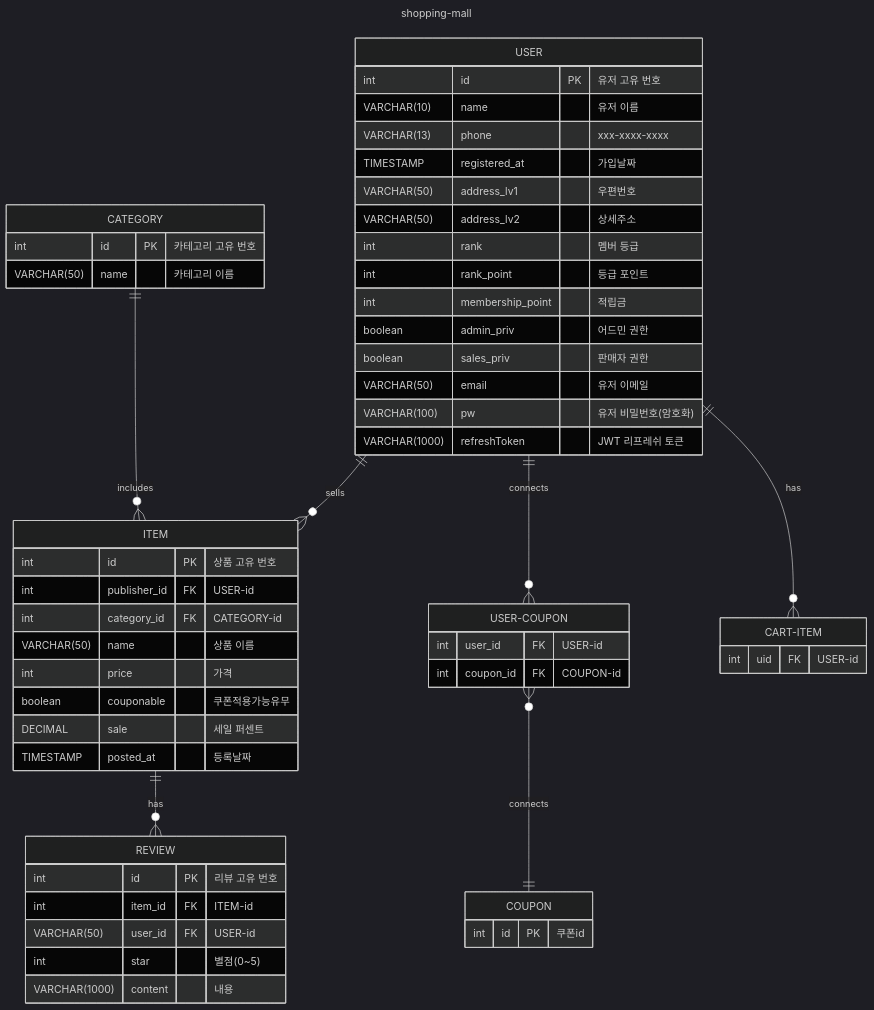
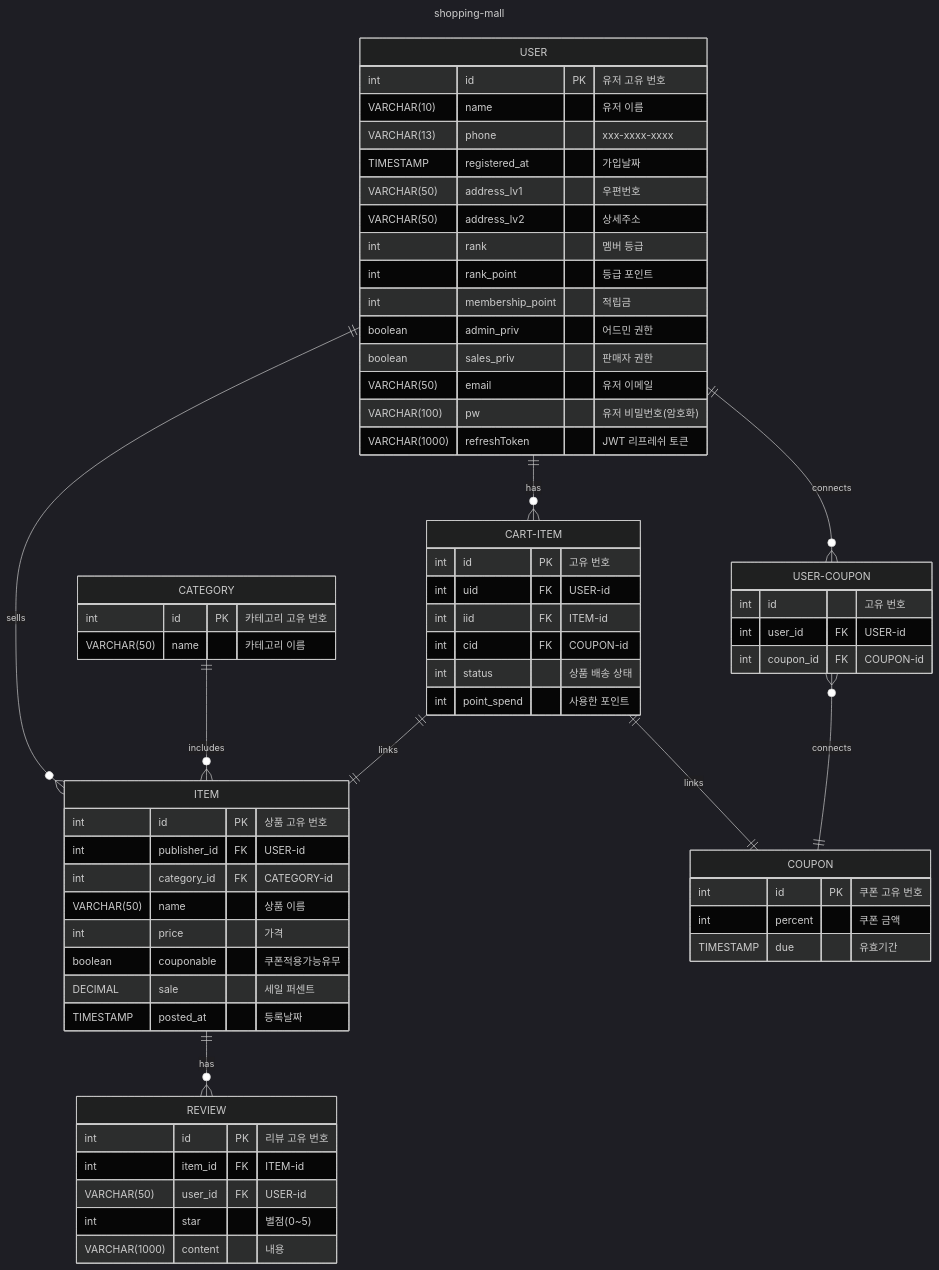
The diagram in server/README.md (do-huni/shopping-mall), drawn with Mermaid (dark theme) before and after one commit. The commit also changed 14 other files, not shown here.

````diff
--- a/server/README.md
+++ b/server/README.md
@@ -31,62 +31,72 @@
 ```mermaid
 ---
 title: shopping-mall
 ---
 erDiagram
     USER ||--o{ ITEM : sells
     ITEM ||--o{ REVIEW : has
     CATEGORY ||--o{ ITEM : includes
     USER ||--o{ USER-COUPON : connects
+    CART-ITEM ||--|| COUPON : links
+    
     USER-COUPON }o--|| COUPON: connects
     USER ||--o{ CART-ITEM : has
+    CART-ITEM ||--|| ITEM : links
     USER {
         int id PK "유저 고유 번호"
         VARCHAR(10) name  "유저 이름"
         VARCHAR(13) phone  "xxx-xxxx-xxxx"
         TIMESTAMP registered_at  "가입날짜"
         VARCHAR(50) address_lv1  "우편번호"
         VARCHAR(50) address_lv2  "상세주소"
         int rank  "멤버 등급"
         int rank_point  "등급 포인트"
         int membership_point  "적립금"
         boolean admin_priv "어드민 권한"
         boolean sales_priv  "판매자 권한"        
         VARCHAR(50) email  "유저 이메일"
         VARCHAR(100) pw  "유저 비밀번호(암호화)"
         VARCHAR(1000) refreshToken  "JWT 리프레쉬 토큰"
     }    
 
     ITEM{
         int id PK "상품 고유 번호"
         int publisher_id FK "USER-id"
         int category_id FK "CATEGORY-id"
         VARCHAR(50) name  "상품 이름"
         int price  "가격"
         boolean couponable  "쿠폰적용가능유무"
         DECIMAL sale  "세일 퍼센트"
         TIMESTAMP posted_at  "등록날짜"
     }
     USER-COUPON{
+        int id  "고유 번호"
         int user_id FK "USER-id"
         int coupon_id FK "COUPON-id"        
     }
     COUPON{
-        int id PK "쿠폰id"
+        int id PK "쿠폰 고유 번호"
+        int percent  "쿠폰 금액"
+        TIMESTAMP due  "유효기간"
     }
     CART-ITEM{
+        int id PK "고유 번호"
         int uid FK "USER-id"
+        int iid FK "ITEM-id"
+        int cid FK "COUPON-id"
+        int status  "상품 배송 상태"
+        int point_spend  "사용한 포인트"
     }
     REVIEW{
         int id PK "리뷰 고유 번호"
         int item_id FK "ITEM-id"
         VARCHAR(50) user_id FK "USER-id"
         int star  "별점(0~5)"        
         VARCHAR(1000) content  "내용"
     }
 
     CATEGORY{
         int id PK "카테고리 고유 번호"
         VARCHAR(50) name  "카테고리 이름"
-
     }
 ```
````
